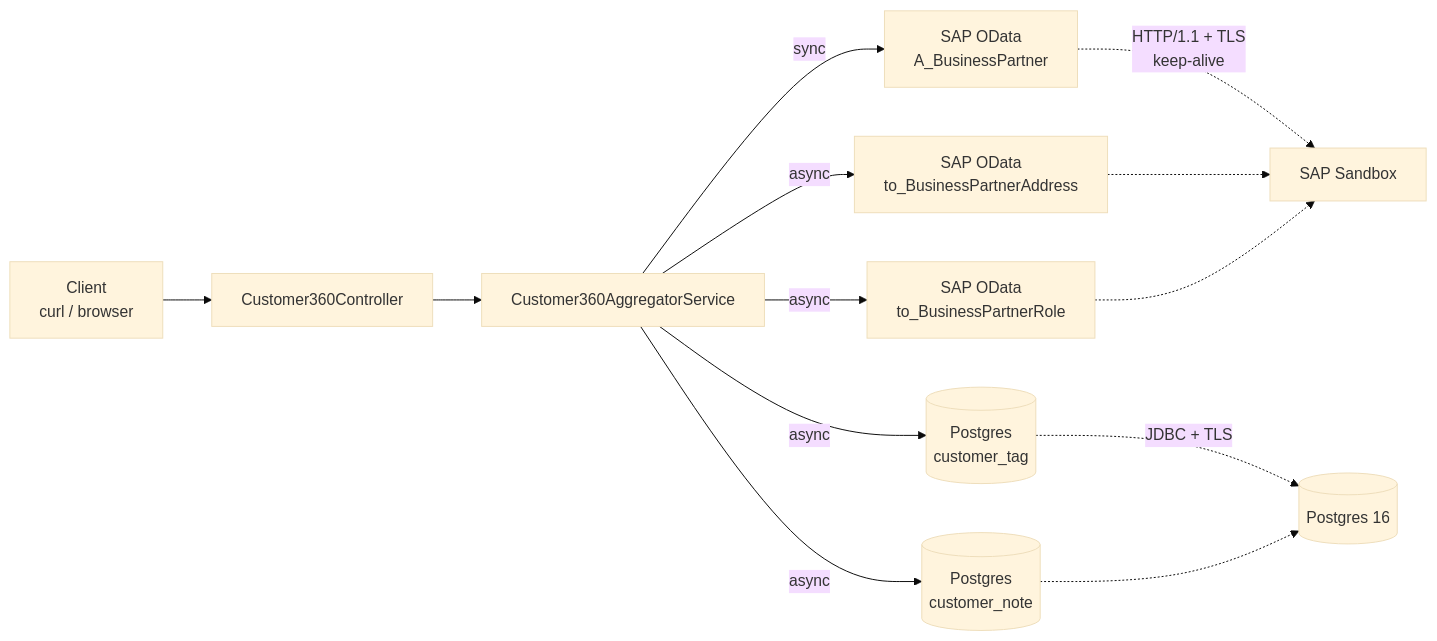
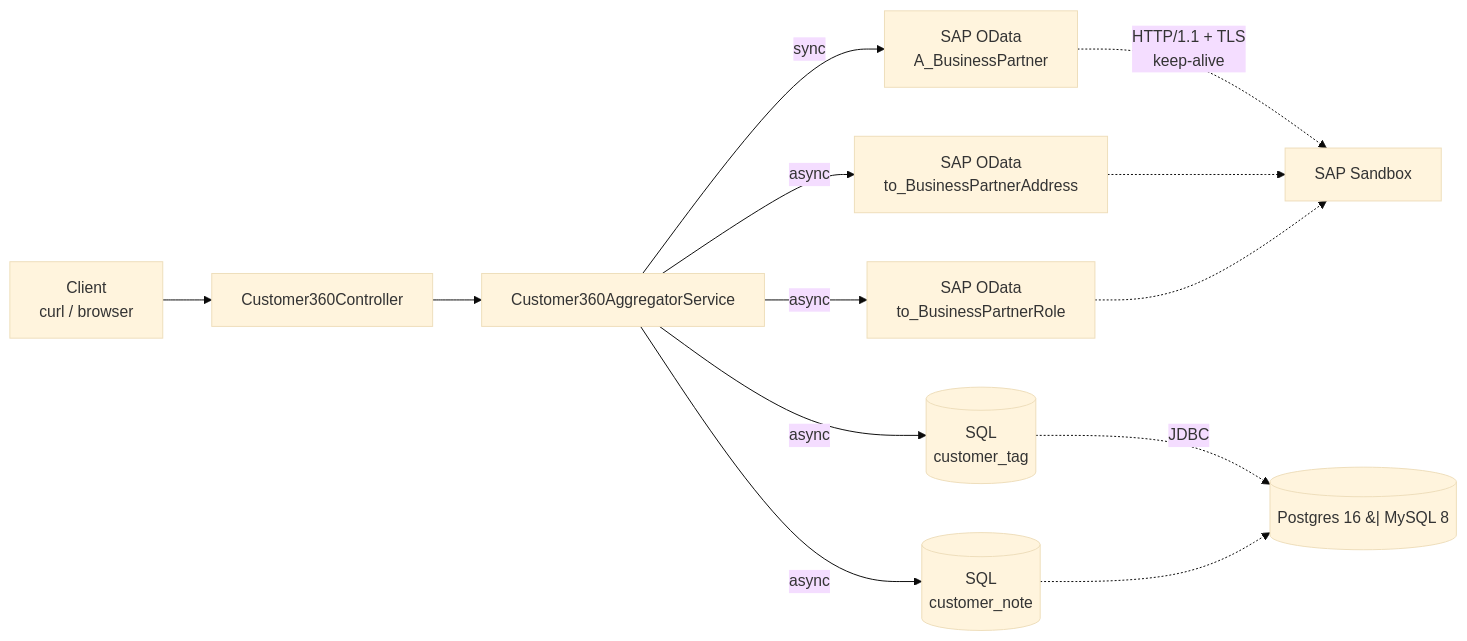
One commit to keploy/samples-java changed the diagram in sap-demo-java/README.md. Above: the diagram before and after it, drawn with Mermaid (base theme). The commit also changed other lines of this file, not shown here.

First line of the commit message:
docs(sap-demo-java): document Postgres | MySQL backend selection

````diff
--- a/sap-demo-java/README.md
+++ b/sap-demo-java/README.md
@@ -30,17 +31,17 @@
 ```mermaid
 flowchart LR
   Client[Client<br/>curl / browser] --> Ctrl[Customer360Controller]
   Ctrl --> Agg[Customer360AggregatorService]
 
   Agg -->|sync| SapPartner[SAP OData<br/>A_BusinessPartner]
   Agg -->|async| SapAddr[SAP OData<br/>to_BusinessPartnerAddress]
   Agg -->|async| SapRole[SAP OData<br/>to_BusinessPartnerRole]
-  Agg -->|async| PgTags[(Postgres<br/>customer_tag)]
-  Agg -->|async| PgNotes[(Postgres<br/>customer_note)]
+  Agg -->|async| DbTags[(SQL<br/>customer_tag)]
+  Agg -->|async| DbNotes[(SQL<br/>customer_note)]
 
   SapPartner -.->|HTTP/1.1 + TLS<br/>keep-alive| SAPAPI[SAP Sandbox]
   SapAddr -.-> SAPAPI
   SapRole -.-> SAPAPI
-  PgTags -.->|JDBC + TLS| PG[(Postgres 16)]
-  PgNotes -.-> PG
+  DbTags -.->|JDBC| DB[(Postgres 16 &#124; MySQL 8)]
+  DbNotes -.-> DB
 ```
````
